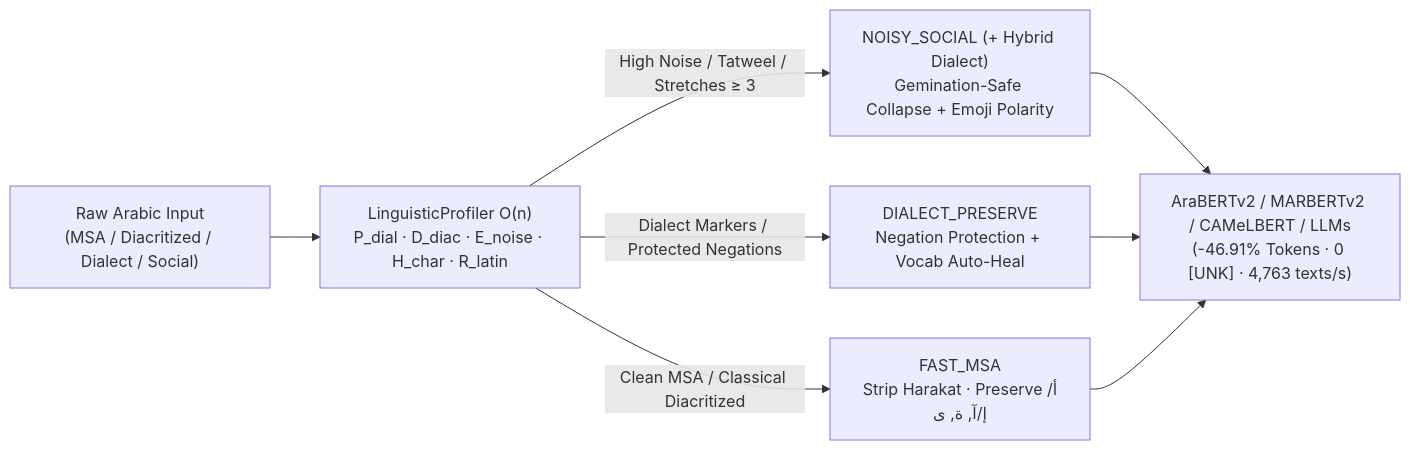
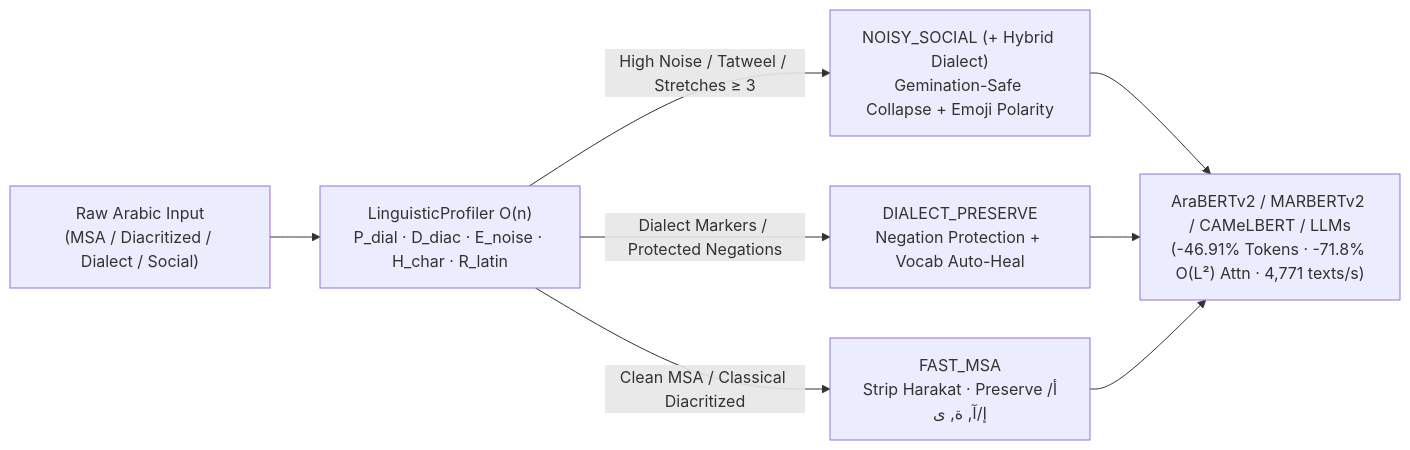
Before and after one commit to RealMtrx/misar: the diagram in README.md, drawn with Mermaid. The commit also changed other lines of this file and 15 other files, not shown here.

````diff
--- a/README.md
+++ b/README.md
@@ -54,10 +55,10 @@
 ```mermaid
 flowchart LR
     A["Raw Arabic Input<br/>(MSA / Diacritized / Dialect / Social)"] --> B["LinguisticProfiler O(n)<br/>P_dial · D_diac · E_noise · H_char · R_latin"]
     B -->|"High Noise / Tatweel / Stretches ≥ 3"| C["NOISY_SOCIAL (+ Hybrid Dialect)<br/>Gemination-Safe Collapse + Emoji Polarity"]
     B -->|"Dialect Markers / Protected Negations"| D["DIALECT_PRESERVE<br/>Negation Protection + Vocab Auto-Heal"]
     B -->|"Clean MSA / Classical Diacritized"| E["FAST_MSA<br/>Strip Harakat · Preserve أ/إ/آ, ة, ى"]
-    C --> F["AraBERTv2 / MARBERTv2 / CAMeLBERT / LLMs<br/>(-46.91% Tokens · 0 [UNK] · 4,763 texts/s)"]
+    C --> F["AraBERTv2 / MARBERTv2 / CAMeLBERT / LLMs<br/>(-46.91% Tokens · -71.8% O(L²) Attn · 4,771 texts/s)"]
     D --> F
     E --> F
 ```
````
